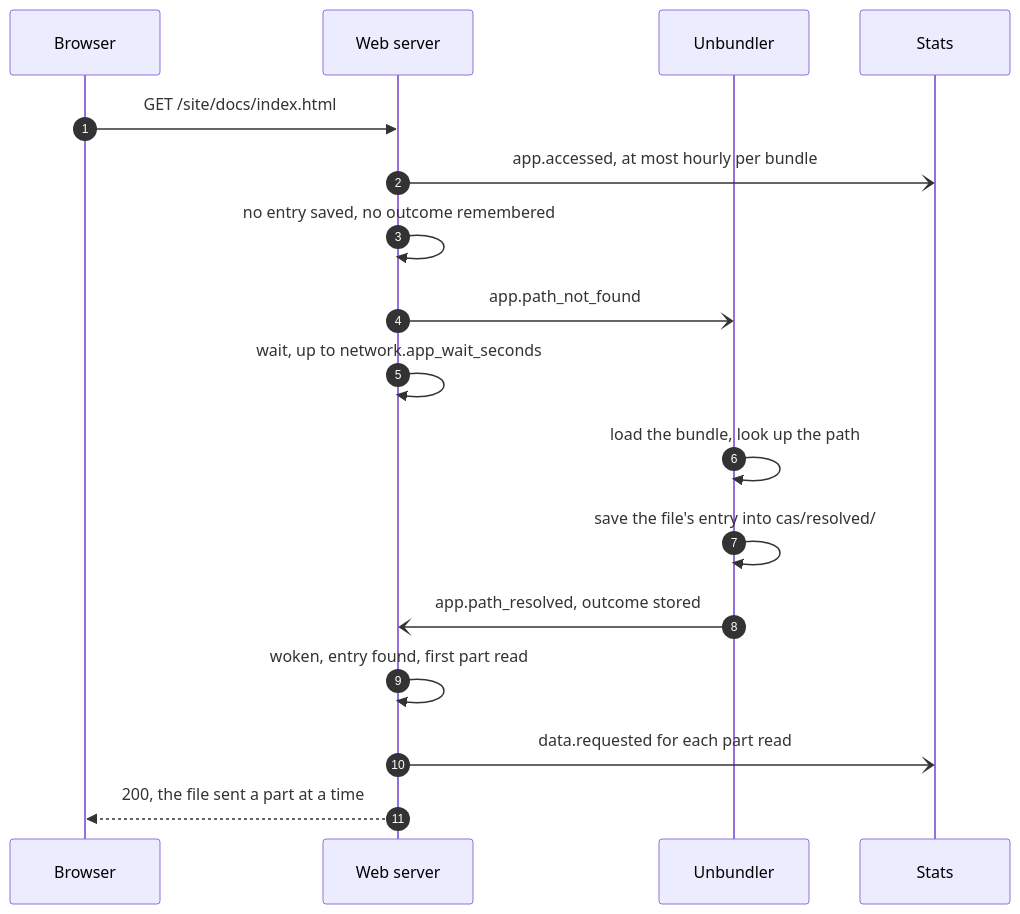
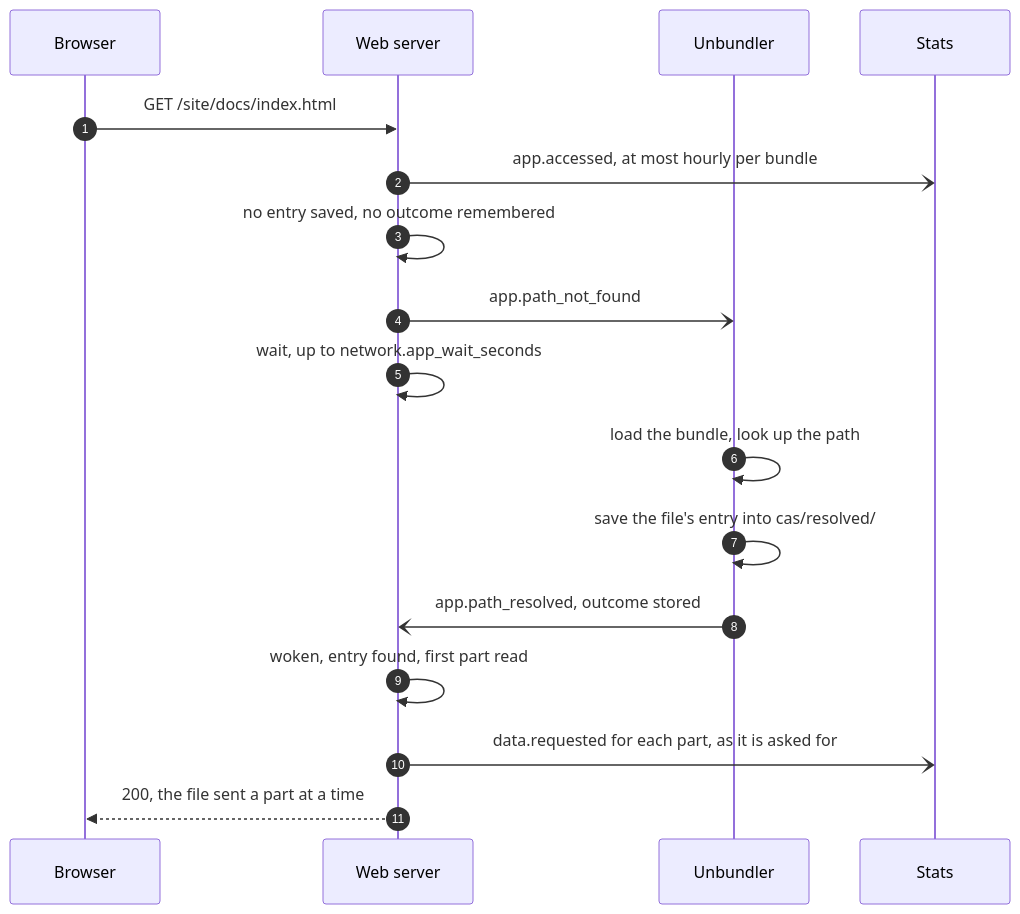
Diagram 11 of 13 in docs/implementation/Module System.md (marcpage/libranet), drawn with Mermaid before and after one commit. The commit also changed other lines of this file and 16 other files, not shown here.

````diff
--- a/docs/implementation/Module System.md
+++ b/docs/implementation/Module System.md
@@ -1040,20 +1047,20 @@
 ```mermaid
 sequenceDiagram
     autonumber
     participant browser as Browser
     participant web as Web server
     participant unb as Unbundler
     participant stats as Stats
 
     browser->>web: GET /site/docs/index.html
     web-)stats: app.accessed, at most hourly per bundle
     web->>web: no entry saved, no outcome remembered
     web-)unb: app.path_not_found
     web->>web: wait, up to network.app_wait_seconds
     unb->>unb: load the bundle, look up the path
     unb->>unb: save the file's entry into cas/resolved/
     unb-)web: app.path_resolved, outcome stored
     web->>web: woken, entry found, first part read
-    web-)stats: data.requested for each part read
+    web-)stats: data.requested for each part, as it is asked for
     web-->>browser: 200, the file sent a part at a time
 ```
````
